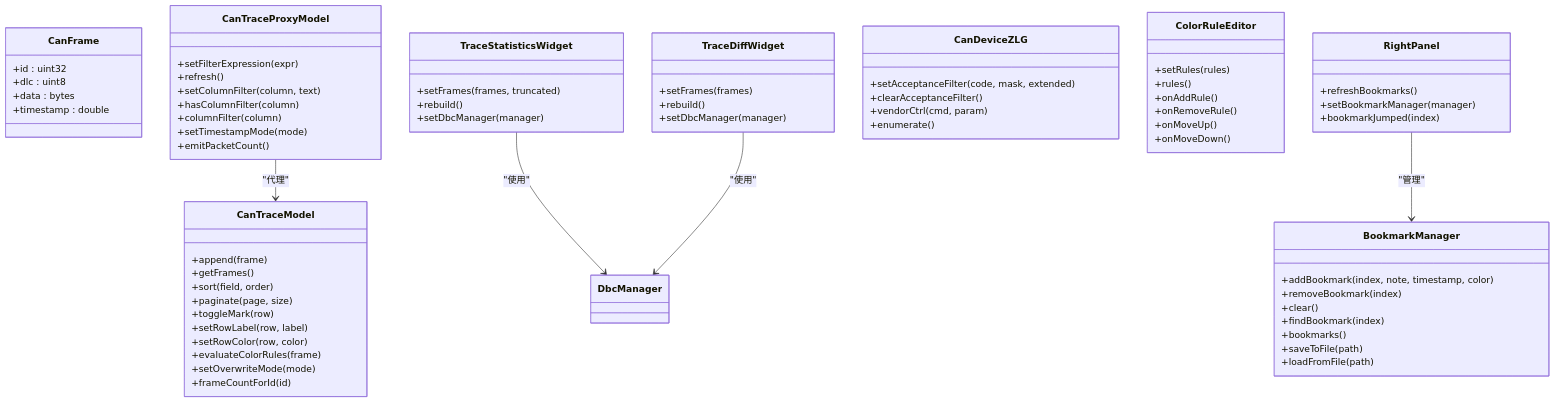
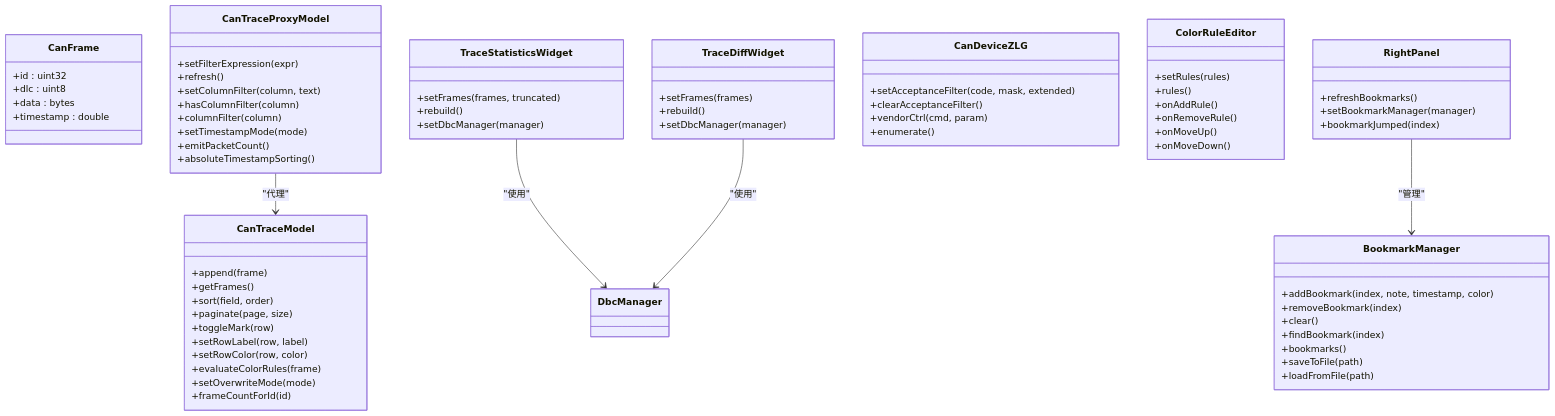
One commit to jakecai1225-design/OpenBus changed the third of 8 diagrams in .qoder/repowiki/zh/content/项目概述/CAN总线分析工具.md. Above: the diagram before and after it, drawn with Mermaid. The commit also changed other lines of this file and 10 other files, not shown here.

Commit message:
flow指示灯，模拟器开关

````diff
--- a/.qoder/repowiki/zh/content/项目概述/CAN总线分析工具.md
+++ b/.qoder/repowiki/zh/content/项目概述/CAN总线分析工具.md
@@ -578,72 +580,73 @@
 ```mermaid
 classDiagram
 class CanFrame {
 +id : uint32
 +dlc : uint8
 +data : bytes
 +timestamp : double
 }
 class CanTraceModel {
 +append(frame)
 +getFrames()
 +sort(field, order)
 +paginate(page, size)
 +toggleMark(row)
 +setRowLabel(row, label)
 +setRowColor(row, color)
 +evaluateColorRules(frame)
 +setOverwriteMode(mode)
 +frameCountForId(id)
 }
 class CanTraceProxyModel {
 +setFilterExpression(expr)
 +refresh()
 +setColumnFilter(column, text)
 +hasColumnFilter(column)
 +columnFilter(column)
 +setTimestampMode(mode)
 +emitPacketCount()
++absoluteTimestampSorting()
 }
 class TraceStatisticsWidget {
 +setFrames(frames, truncated)
 +rebuild()
 +setDbcManager(manager)
 }
 class TraceDiffWidget {
 +setFrames(frames)
 +rebuild()
 +setDbcManager(manager)
 }
 class CanDeviceZLG {
 +setAcceptanceFilter(code, mask, extended)
 +clearAcceptanceFilter()
 +vendorCtrl(cmd, param)
 +enumerate()
 }
 class BookmarkManager {
 +addBookmark(index, note, timestamp, color)
 +removeBookmark(index)
 +clear()
 +findBookmark(index)
 +bookmarks()
 +saveToFile(path)
 +loadFromFile(path)
 }
 class ColorRuleEditor {
 +setRules(rules)
 +rules()
 +onAddRule()
 +onRemoveRule()
 +onMoveUp()
 +onMoveDown()
 }
 class RightPanel {
 +refreshBookmarks()
 +setBookmarkManager(manager)
 +bookmarkJumped(index)
 }
 CanTraceProxyModel --> CanTraceModel : "代理"
 TraceStatisticsWidget --> DbcManager : "使用"
 TraceDiffWidget --> DbcManager : "使用"
 RightPanel --> BookmarkManager : "管理"
 ```
````
